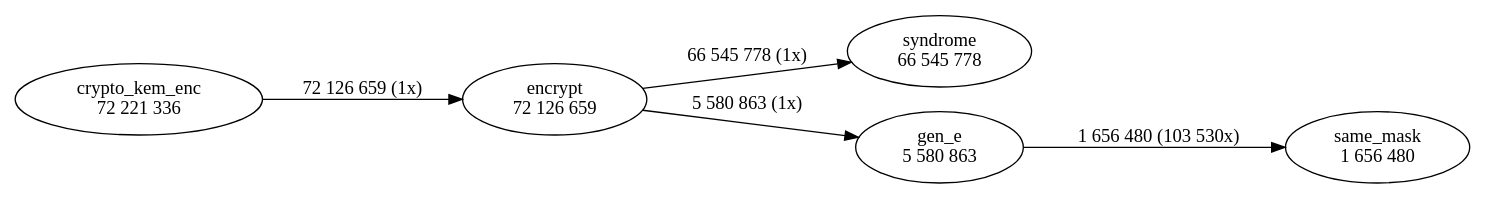
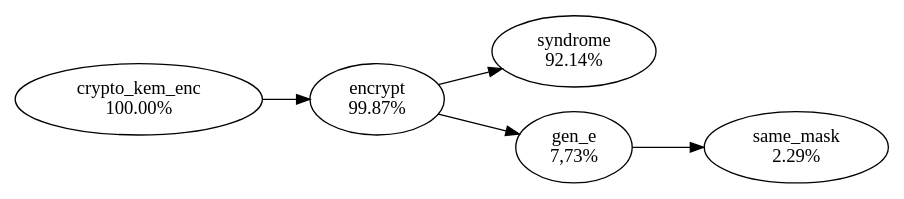
One commit to profiling-pqc-kem-thesis/data changed the diagram in classic-mceliece/hot-paths/6960119/crypto_kem_enc.dot. Above: the diagram before and after it, drawn with Graphviz. The commit also changed 12 other files, not shown here.

```diff
--- a/classic-mceliece/hot-paths/6960119/crypto_kem_enc.dot
+++ b/classic-mceliece/hot-paths/6960119/crypto_kem_enc.dot
@@ -1,12 +1,12 @@
 digraph "callgraph" {
   rankdir=LR;
-  F5562532e2a30 [label="syndrome\n66 545 778"];
-  F5562532e6b20 [label="same_mask\n1 656 480"];
-  F556253343870 [label="encrypt\n72 126 659"];
-  F55625334fbd0 [label="crypto_kem_enc\n72 221 336"];
-  F5562534de780 [label="gen_e\n5 580 863"];
-  F556253343870 -> F5562532e2a30 [weight=2,label="66 545 778 (1x)"];
-  F556253343870 -> F5562534de780 [weight=2,label="5 580 863 (1x)"];
-  F55625334fbd0 -> F556253343870 [weight=2,label="72 126 659 (1x)"];
-  F5562534de780 -> F5562532e6b20 [weight=2,label="1 656 480 (103 530x)"];
+  F5562532e2a30 [label="syndrome\n92.14%"];
+  F5562532e6b20 [label="same_mask\n2.29%"];
+  F556253343870 [label="encrypt\n99.87%"];
+  F55625334fbd0 [label="crypto_kem_enc\n100.00%"];
+  F5562534de780 [label="gen_e\n7,73%"];
+  F556253343870 -> F5562532e2a30
+  F556253343870 -> F5562534de780
+  F55625334fbd0 -> F556253343870
+  F5562534de780 -> F5562532e6b20
 }
```
